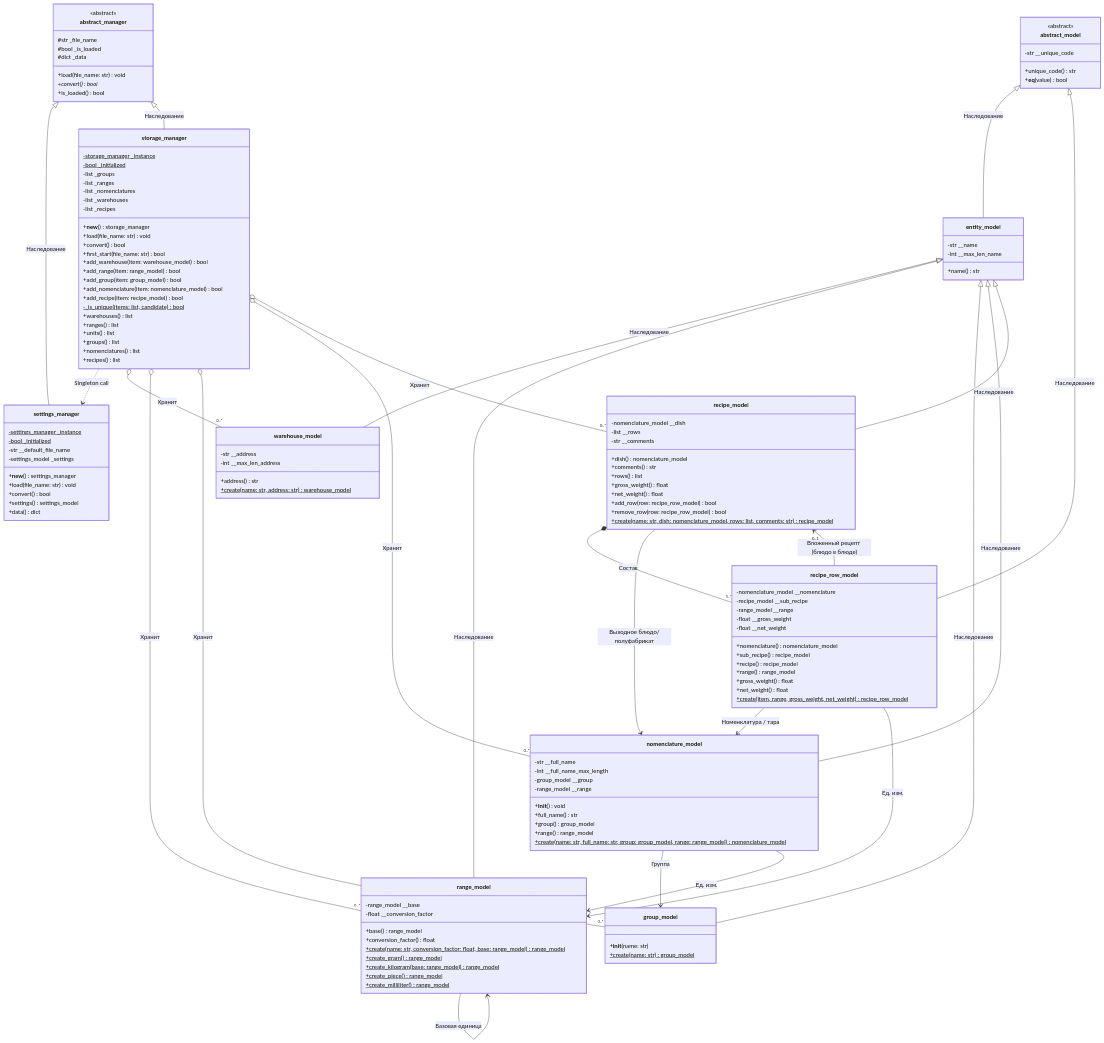
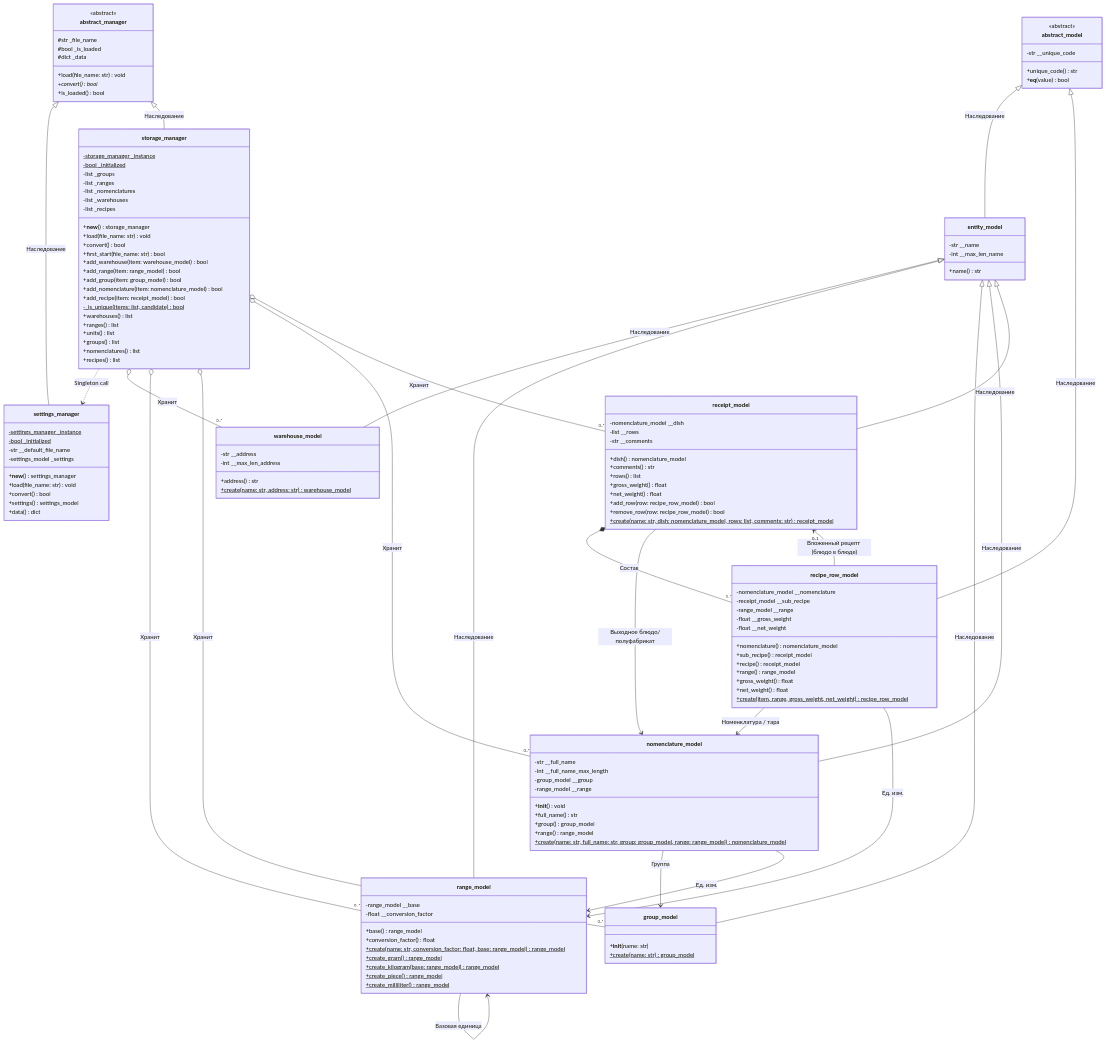
The first of 4 diagrams in _docs/UML_diagrams.md (Hikaru-Hrn/Patterns2026_YM), drawn with Mermaid before and after one commit. The commit also changed other lines of this file, not shown here.

````diff
--- a/_docs/UML_diagrams.md
+++ b/_docs/UML_diagrams.md
@@ -61,20 +61,20 @@
 
     class recipe_row_model {
         -nomenclature_model __nomenclature
-        -recipe_model __sub_recipe
+        -receipt_model __sub_recipe
         -range_model __range
         -float __gross_weight
         -float __net_weight
         +nomenclature() nomenclature_model
-        +sub_recipe() recipe_model
-        +recipe() recipe_model
+        +sub_recipe() receipt_model
+        +recipe() receipt_model
         +range() range_model
         +gross_weight() float
         +net_weight() float
         +create(item, range, gross_weight, net_weight)$ recipe_row_model
     }
 
-    class recipe_model {
+    class receipt_model {
         -nomenclature_model __dish
         -list __rows
         -str __comments
@@ -85,7 +85,7 @@
         +net_weight() float
         +add_row(row: recipe_row_model) bool
         +remove_row(row: recipe_row_model) bool
-        +create(name: str, dish: nomenclature_model, rows: list, comments: str)$ recipe_model
+        +create(name: str, dish: nomenclature_model, rows: list, comments: str)$ receipt_model
     }
 
     class abstract_manager {
@@ -126,7 +126,7 @@
         +add_range(item: range_model) bool
         +add_group(item: group_model) bool
         +add_nomenclature(item: nomenclature_model) bool
-        +add_recipe(item: recipe_model) bool
+        +add_recipe(item: receipt_model) bool
         -_is_unique(items: list, candidate) bool$
         +warehouses() list
         +ranges() list
@@ -142,7 +142,7 @@
     entity_model <|-- range_model : Наследование
     entity_model <|-- group_model : Наследование
     entity_model <|-- nomenclature_model : Наследование
-    entity_model <|-- recipe_model : Наследование
+    entity_model <|-- receipt_model : Наследование
 
     abstract_manager <|-- settings_manager : Наследование
     abstract_manager <|-- storage_manager : Наследование
@@ -152,15 +152,15 @@
     storage_manager o-- "0..*" range_model : Хранит
     storage_manager o-- "0..*" group_model : Хранит
     storage_manager o-- "0..*" nomenclature_model : Хранит
-    storage_manager o-- "0..*" recipe_model : Хранит
+    storage_manager o-- "0..*" receipt_model : Хранит
 
     nomenclature_model --> group_model : Группа
     nomenclature_model --> range_model : Ед. изм.
     range_model --> range_model : Базовая единица
 
-    recipe_model *-- "1..*" recipe_row_model : Состав
-    recipe_model --> nomenclature_model : Выходное блюдо/полуфабрикат
+    receipt_model *-- "1..*" recipe_row_model : Состав
+    receipt_model --> nomenclature_model : Выходное блюдо/полуфабрикат
     recipe_row_model --> nomenclature_model : Номенклатура / тара
-    recipe_row_model --> "0..1" recipe_model : Вложенный рецепт (блюдо в блюде)
+    recipe_row_model --> "0..1" receipt_model : Вложенный рецепт (блюдо в блюде)
     recipe_row_model --> range_model : Ед. изм.
 ```
````
